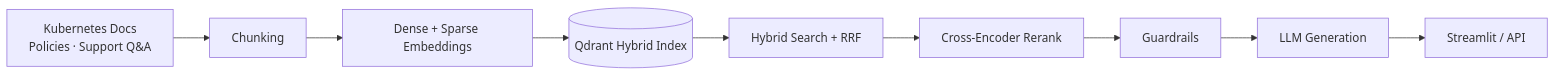
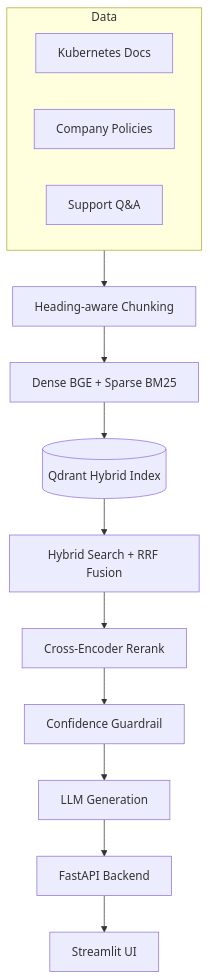
Before and after one commit to SarahZahran1/Verity: the diagram in README.md, drawn with Mermaid. The commit also changed other lines of this file, not shown here.

````diff
--- a/README.md
+++ b/README.md
@@ -19,11 +25,17 @@
 ```mermaid
-flowchart LR
-    Data[Kubernetes Docs<br/>Policies · Support Q&A] --> Ingest[Chunking]
-    Ingest --> Embed[Dense + Sparse Embeddings]
+flowchart TD
+    subgraph Data
+        D1[Kubernetes Docs]
+        D2[Company Policies]
+        D3[Support Q&A]
+    end
+    Data --> Ingest[Heading-aware Chunking]
+    Ingest --> Embed[Dense BGE + Sparse BM25]
     Embed --> Qdrant[(Qdrant Hybrid Index)]
-    Qdrant --> Retrieve[Hybrid Search + RRF]
+    Qdrant --> Retrieve[Hybrid Search + RRF Fusion]
     Retrieve --> Rerank[Cross-Encoder Rerank]
-    Rerank --> Guard[Guardrails]
+    Rerank --> Guard[Confidence Guardrail]
     Guard --> Gen[LLM Generation]
-    Gen --> UI[Streamlit / API]
+    Gen --> API[FastAPI Backend]
+    API --> UI[Streamlit UI]
 ```
````
